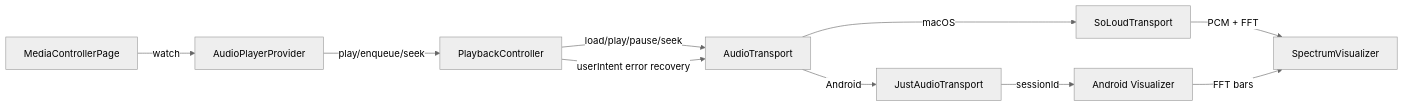
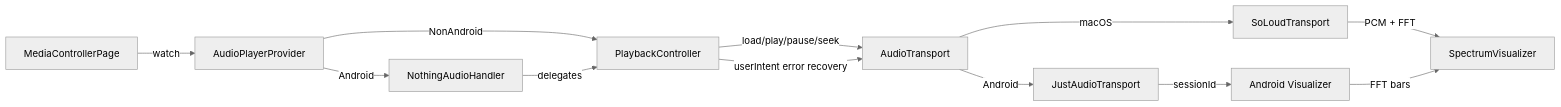
The first of 2 diagrams in docs/architecture/audio-playback-spectrum.md (maxim-saplin/nothingness), drawn with Mermaid (neutral theme) before and after one commit. The commit also changed other lines of this file and 11 other files, not shown here.

Commit message:
Audio refactor, playback state hardening

````diff
--- a/docs/architecture/audio-playback-spectrum.md
+++ b/docs/architecture/audio-playback-spectrum.md
@@ -36,12 +37,14 @@
 ```mermaid
 flowchart LR
   UI[MediaControllerPage] -->|watch| Provider[AudioPlayerProvider]
-  Provider -->|play/enqueue/seek| Controller[PlaybackController]
+  Provider -->|Android| Handler[NothingAudioHandler]
+  Provider -->|NonAndroid| Controller[PlaybackController]
+  Handler -->|delegates| Controller
   Controller -->|load/play/pause/seek| Transport[AudioTransport]
     Transport -->|macOS| SoLoud[SoLoudTransport]
     Transport -->|Android| JA[JustAudioTransport]
     SoLoud -->|PCM + FFT| Vis[SpectrumVisualizer]
     JA -->|sessionId| Native[Android Visualizer]
     Native -->|FFT bars| Vis
     Controller -->|userIntent error recovery| Transport
 ```
````
